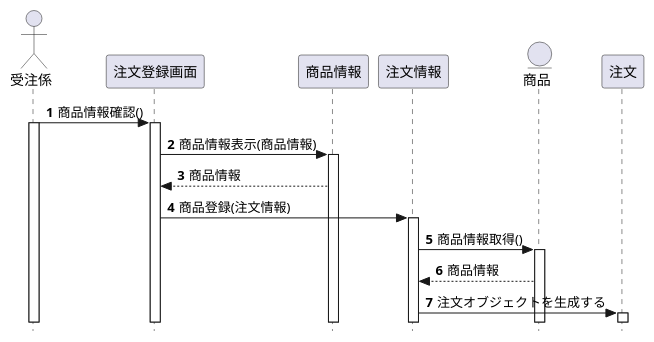
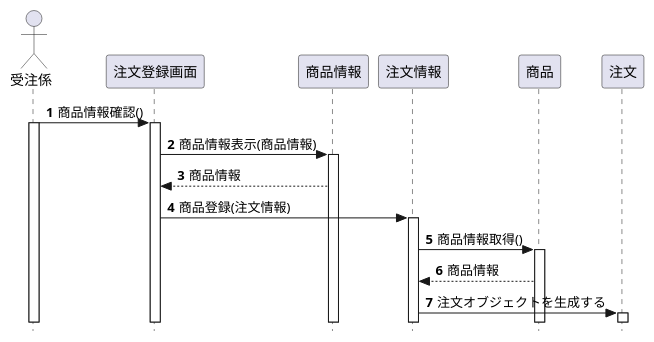
Before and after one commit to minowa-s/uml-intro: the diagram in 演習/演習4-4_SD_商品注文.pu, drawn with PlantUML. The commit also changed 2 other files, not shown here.

```diff
--- a/演習/演習4-4_SD_商品注文.pu
+++ b/演習/演習4-4_SD_商品注文.pu
@@ -1,31 +1,31 @@
 @startuml 演習4-4
 actor 受注係
  'メッセージに自動で番号を降る
  autonumber
  ' 厳密なUMLに準拠する
 skinparam style strictuml
 
 participant "注文登録画面" as 登録画面
 participant "商品情報" as 商品情報
 participant "注文情報" as 注文情報
-entity 商品
+participant 商品
 participant "注文" as 注文
 
 受注係 -> 登録画面: 商品情報確認()
 activate 受注係
 activate 登録画面
 
 登録画面 -> 商品情報: 商品情報表示(商品情報)
 activate 商品情報
 商品情報 --> 登録画面: 商品情報
 
 登録画面 -> 注文情報: 商品登録(注文情報)
 activate 注文情報
 注文情報 -> 商品: 商品情報取得()
 activate 商品
 商品 --> 注文情報: 商品情報
 
 注文情報 -> 注文: 注文オブジェクトを生成する
 activate 注文
 
 @enduml
```
